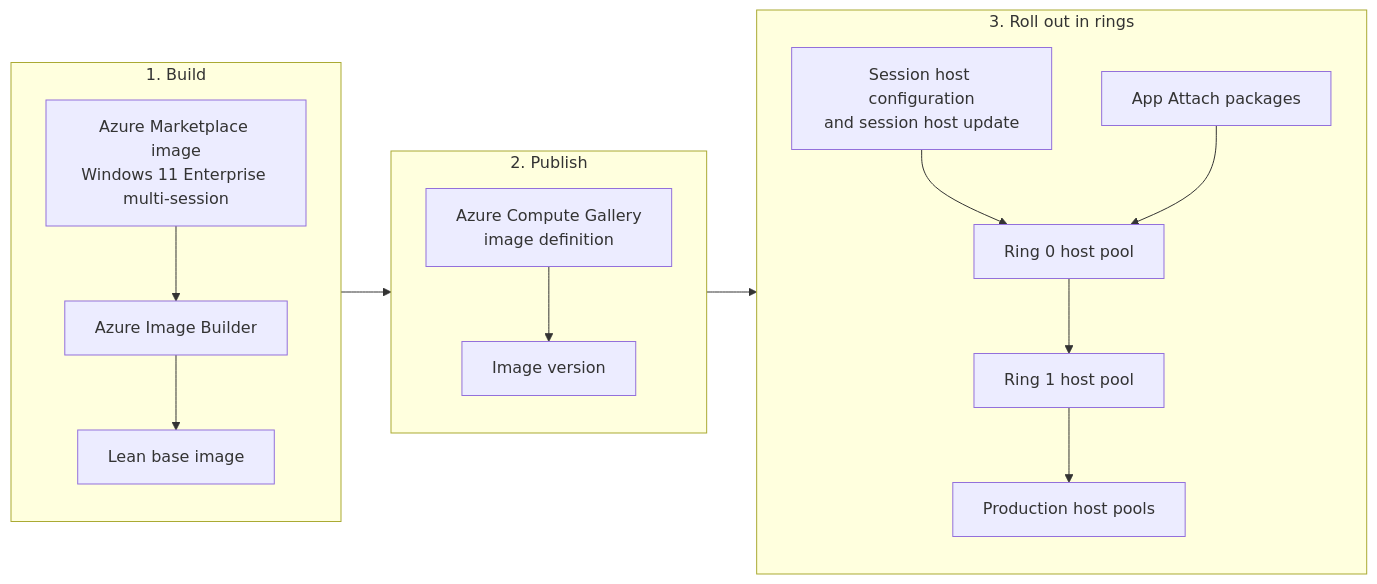
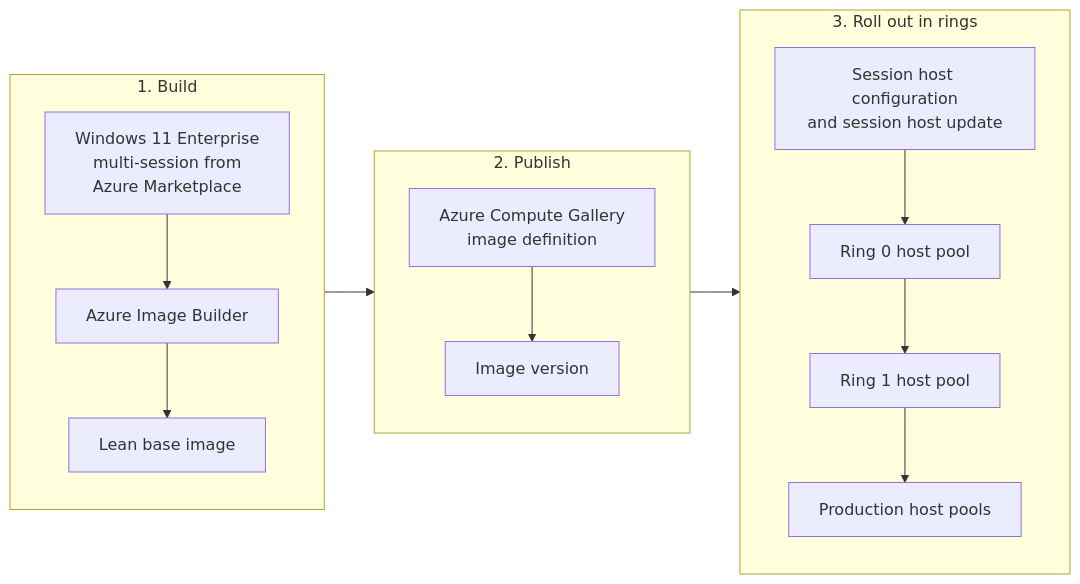
The diagram in docs/images/index.md (marckean/AVD-Reference_Architecture), drawn with Mermaid before and after one commit. The commit also changed 1 other file, not shown here.

Commit message:
Tidy the Scaling and Images diagram labels so they read at the content width

````diff
--- a/docs/images/index.md
+++ b/docs/images/index.md
@@ -29,18 +29,16 @@
 ```mermaid
 flowchart LR
     subgraph BUILD["1. Build"]
         direction TB
-        A["Azure Marketplace image<br/>Windows 11 Enterprise multi-session"] --> B["Azure Image Builder"] --> C["Lean base image"]
+        A["Windows 11 Enterprise<br/>multi-session from<br/>Azure Marketplace"] --> B["Azure Image Builder"] --> C["Lean base image"]
     end
     subgraph PUBLISH["2. Publish"]
         direction TB
         D["Azure Compute Gallery<br/>image definition"] --> E["Image version"]
     end
     subgraph ROLL["3. Roll out in rings"]
         direction TB
-        F["Session host configuration<br/>and session host update"] --> H["Ring 0 host pool"]
-        K["App Attach packages"] --> H
-        H --> I["Ring 1 host pool"] --> J["Production host pools"]
+        F["Session host configuration<br/>and session host update"] --> H["Ring 0 host pool"] --> I["Ring 1 host pool"] --> J["Production host pools"]
     end
     BUILD --> PUBLISH --> ROLL
 ```
````
